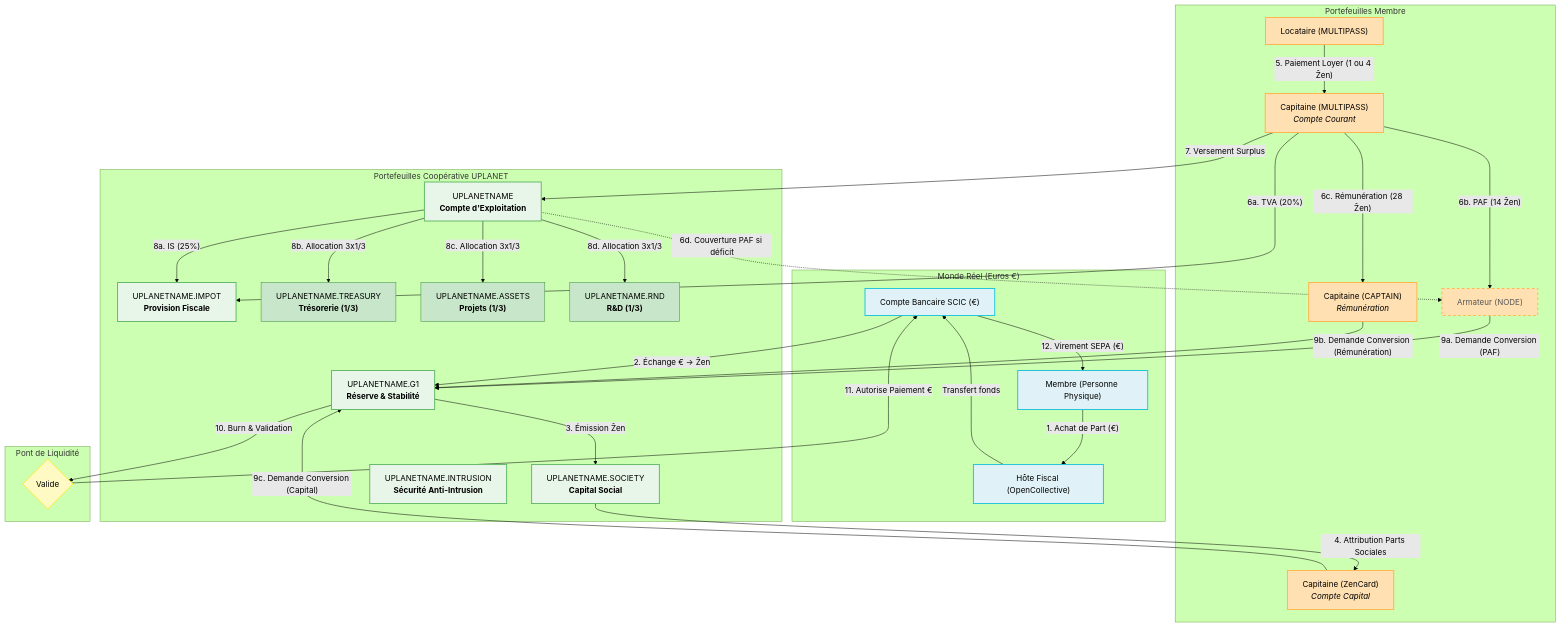
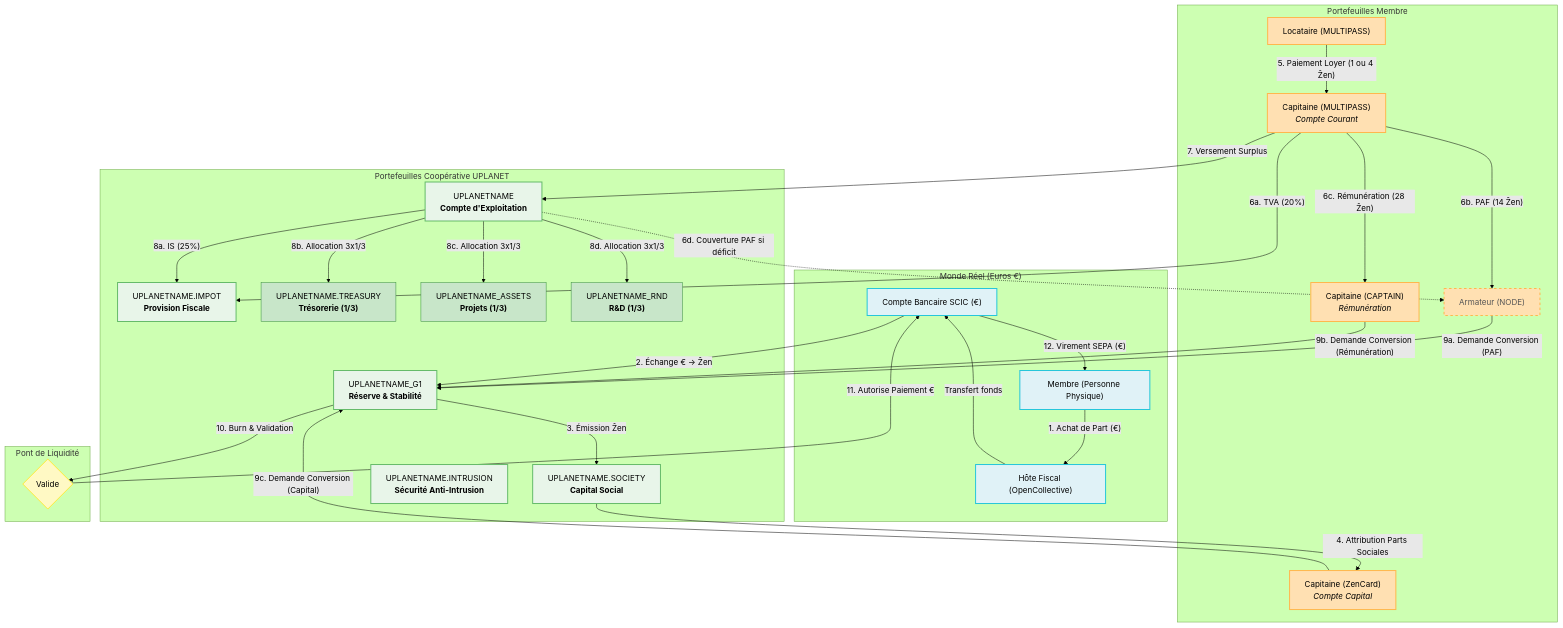
The diagram in LEGAL.md (papiche/Astroport.ONE), drawn with Mermaid (forest theme) before and after one commit. The commit also changed other lines of this file and 34 other files, not shown here.

````diff
--- a/LEGAL.md
+++ b/LEGAL.md
@@ -128,72 +128,72 @@
 ```mermaid
 graph TD
     %% Styling definitions for clarity and consistency
     classDef realWorld fill:#e0f2f7,stroke:#26c6da,stroke-width:2px,color:#000
     classDef cooperativeCentral fill:#e8f5e9,stroke:#66bb6a,stroke-width:2px,color:#000
     classDef memberWallet fill:#ffe0b2,stroke:#ffb74d,stroke-width:2px,color:#000
     classDef processStep fill:#f3e5f5,stroke:#ba68c8,stroke-width:1px,color:#000
     classDef internalFlow stroke-dasharray: 5 5,color:#555
     classDef externalFlow stroke-width:1.5px,color:#333
     classDef decisionPoint fill:#fff9c4,stroke:#ffeb3b,stroke-width:2px,color:#000
     classDef allocationType fill:#c8e6c9,stroke:#388e3c,stroke-width:1px,color:#000
 
     subgraph "Monde Réel (Euros €)"
         MB_SCIC["Compte Bancaire SCIC (€)"]:::realWorld
         HoteFiscal["Hôte Fiscal (OpenCollective)"]:::realWorld
         MembrePhysique["Membre (Personne Physique)"]:::realWorld
 
         MembrePhysique -- "1. Achat de Part (€)" --> HoteFiscal
         HoteFiscal -- "Transfert fonds" --> MB_SCIC
     end
 
     subgraph "Portefeuilles Coopérative UPLANET"
-        UPLANETNAME_G1["UPLANETNAME.G1<br><b>Réserve & Stabilité</b>"]:::cooperativeCentral
+        UPLANETNAME_G1["UPLANETNAME_G1<br><b>Réserve & Stabilité</b>"]:::cooperativeCentral
         UPLANETNAME_SOCIETY["UPLANETNAME.SOCIETY<br><b>Capital Social</b>"]:::cooperativeCentral
         UPLANETNAME["UPLANETNAME<br><b>Compte d'Exploitation</b>"]:::cooperativeCentral
         UPLANETNAME_IMPOT["UPLANETNAME.IMPOT<br><b>Provision Fiscale</b>"]:::cooperativeCentral
         UPLANETNAME_TREASURY["UPLANETNAME.TREASURY<br><b>Trésorerie (1/3)</b>"]:::allocationType
-        UPLANETNAME_ASSETS["UPLANETNAME.ASSETS<br><b>Projets (1/3)</b>"]:::allocationType
-        UPLANETNAME_RND["UPLANETNAME.RND<br><b>R&D (1/3)</b>"]:::allocationType
+        UPLANETNAME_ASSETS["UPLANETNAME_ASSETS<br><b>Projets (1/3)</b>"]:::allocationType
+        UPLANETNAME_RND["UPLANETNAME_RND<br><b>R&D (1/3)</b>"]:::allocationType
         UPLANETNAME_INTRUSION["UPLANETNAME.INTRUSION<br><b>Sécurité Anti-Intrusion</b>"]:::cooperativeCentral
         
         MB_SCIC -- "2. Échange € → Ẑen" --> UPLANETNAME_G1
         UPLANETNAME_G1 -- "3. Émission Ẑen" --> UPLANETNAME_SOCIETY
     end
 
     subgraph "Portefeuilles Membre"
         MULTIPASS_Loc["Locataire (MULTIPASS)"]:::memberWallet
         Capitaine_MP["Capitaine (MULTIPASS)<br><i>Compte Courant</i>"]:::memberWallet
         Capitaine_ZC["Capitaine (ZenCard)<br><i>Compte Capital</i>"]:::memberWallet
         Capitaine_Ded["Capitaine (CAPTAIN)<br><i>Rémunération</i>"]:::memberWallet
         Armateur_Node["Armateur (NODE)"]:::memberWallet
     end
 
     %% FLUX DE CAPITALISATION
     UPLANETNAME_SOCIETY -- "4. Attribution Parts Sociales" --> Capitaine_ZC
 
     %% FLUX D'EXPLOITATION
     MULTIPASS_Loc -- "5. Paiement Loyer (1 ou 4 Ẑen)" --> Capitaine_MP
     
     Capitaine_MP -- "6a. TVA (20%)" --> UPLANETNAME_IMPOT
     Capitaine_MP -- "6b. PAF (14 Ẑen)" --> Armateur_Node
     Capitaine_MP -- "6c. Rémunération (28 Ẑen)" --> Capitaine_Ded
     UPLANETNAME -. "6d. Couverture PAF si déficit" .-> Armateur_Node:::internalFlow
     
     Capitaine_MP -- "7. Versement Surplus" --> UPLANETNAME
     
     UPLANETNAME -- "8a. IS (25%)" --> UPLANETNAME_IMPOT
     UPLANETNAME -- "8b. Allocation 3x1/3" --> UPLANETNAME_TREASURY
     UPLANETNAME -- "8c. Allocation 3x1/3" --> UPLANETNAME_ASSETS
     UPLANETNAME -- "8d. Allocation 3x1/3" --> UPLANETNAME_RND
 
     %% FLUX DE CONVERSION (PONT DE LIQUIDITÉ)
     subgraph "Pont de Liquidité"
         Armateur_Node -- "9a. Demande Conversion (PAF)" --> UPLANETNAME_G1
         Capitaine_Ded -- "9b. Demande Conversion (Rémunération)" --> UPLANETNAME_G1
         Capitaine_ZC -- "9c. Demande Conversion (Capital)" --> UPLANETNAME_G1
 
         UPLANETNAME_G1 -- "10. Burn & Validation" --> Validation{"Valide"}:::decisionPoint
         Validation -- "11. Autorise Paiement €" --> MB_SCIC
         MB_SCIC -- "12. Virement SEPA (€)" --> MembrePhysique
     end
 ```
````
